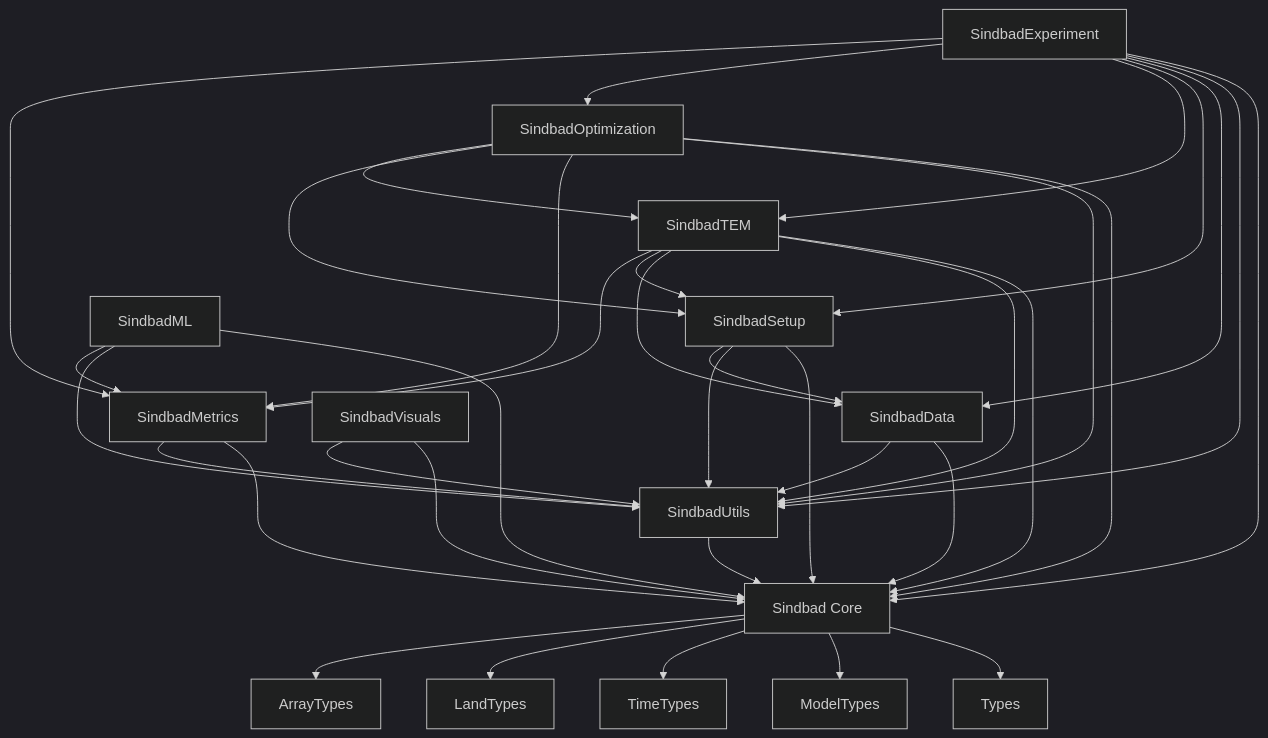
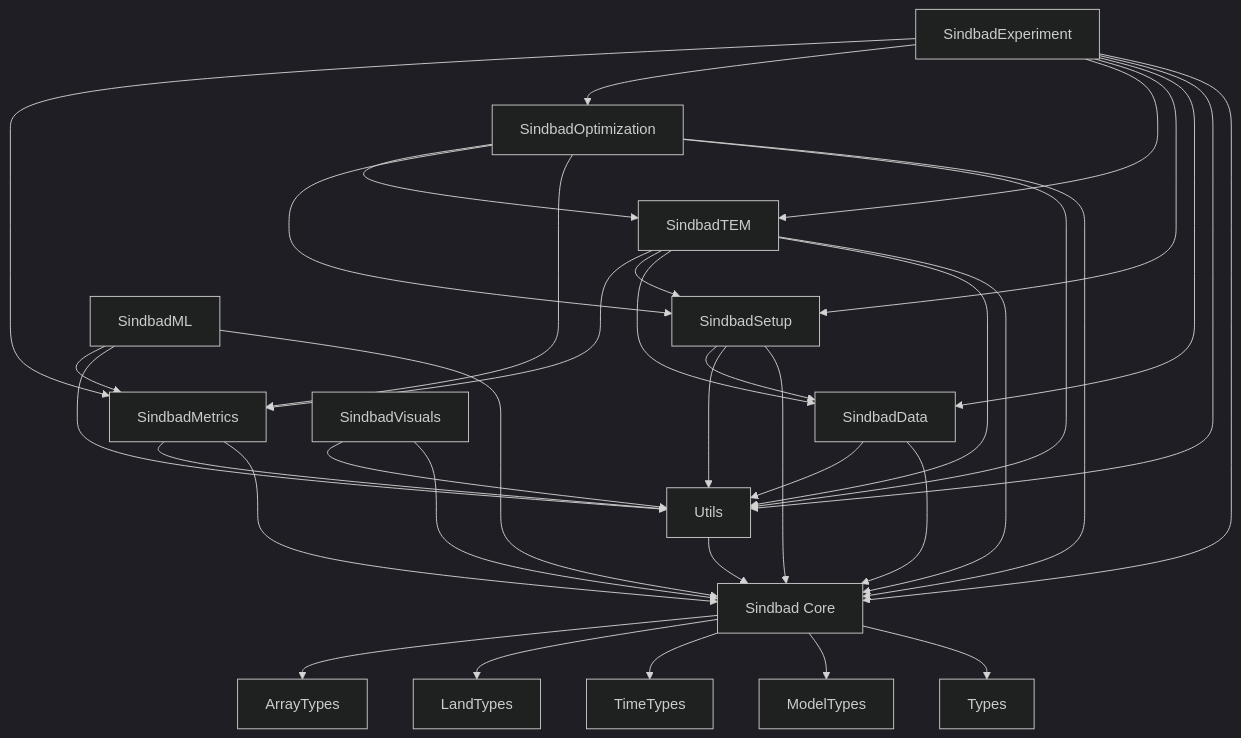
Before and after one commit to EarthyScience/SINDBAD: the diagram in docs/src/pages/code/overview.md, drawn with Mermaid (dark theme). The commit also changed other lines of this file and 56 other files, not shown here.

Commit message:
move metrics and utils as modules

````diff
--- a/docs/src/pages/code/overview.md
+++ b/docs/src/pages/code/overview.md
@@ -71,50 +71,50 @@
 ```mermaid
 graph TD
     %% Main Sindbad package
     Sindbad[Sindbad Core] --> Types[Types]
     
     %% Core dependencies
     Sindbad --> ModelTypes[ModelTypes]
     Sindbad --> TimeTypes[TimeTypes]
     Sindbad --> LandTypes[LandTypes]
     Sindbad --> ArrayTypes[ArrayTypes]
     
     %% Lib packages
-    SindbadUtils[SindbadUtils] --> Sindbad
+    Utils[Utils] --> Sindbad
     SindbadData[SindbadData] --> Sindbad
-    SindbadData --> SindbadUtils
+    SindbadData --> Utils
     
     SindbadSetup[SindbadSetup] --> Sindbad
-    SindbadSetup --> SindbadUtils
+    SindbadSetup --> Utils
     SindbadSetup --> SindbadData
     
     SindbadMetrics[SindbadMetrics] --> Sindbad
-    SindbadMetrics --> SindbadUtils
+    SindbadMetrics --> Utils
     
     SindbadTEM[SindbadTEM] --> Sindbad
-    SindbadTEM --> SindbadUtils
+    SindbadTEM --> Utils
     SindbadTEM --> SindbadData
     SindbadTEM --> SindbadSetup
     SindbadTEM --> SindbadMetrics
     
     SindbadOptimization[SindbadOptimization] --> Sindbad
-    SindbadOptimization --> SindbadUtils
+    SindbadOptimization --> Utils
     SindbadOptimization --> SindbadMetrics
     SindbadOptimization --> SindbadSetup
     SindbadOptimization --> SindbadTEM
     
     SindbadML[SindbadML] --> Sindbad
-    SindbadML --> SindbadUtils
+    SindbadML --> Utils
     SindbadML --> SindbadMetrics
     
     SindbadVisuals[SindbadVisuals] --> Sindbad
-    SindbadVisuals --> SindbadUtils
+    SindbadVisuals --> Utils
     
     SindbadExperiment[SindbadExperiment] --> Sindbad
-    SindbadExperiment --> SindbadUtils
+    SindbadExperiment --> Utils
     SindbadExperiment --> SindbadData
     SindbadExperiment --> SindbadSetup
     SindbadExperiment --> SindbadTEM
     SindbadExperiment --> SindbadOptimization
     SindbadExperiment --> SindbadMetrics    
 ```
````
